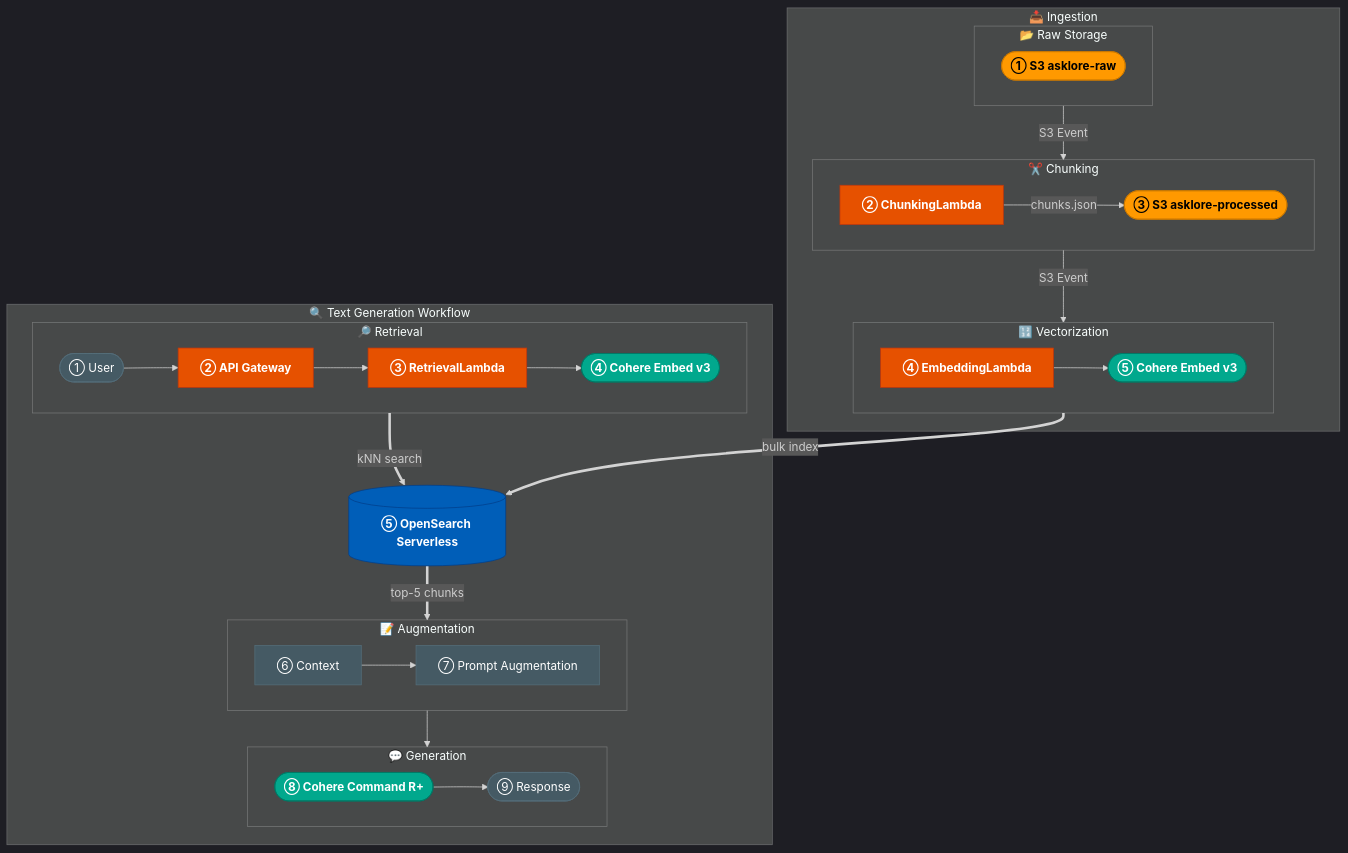
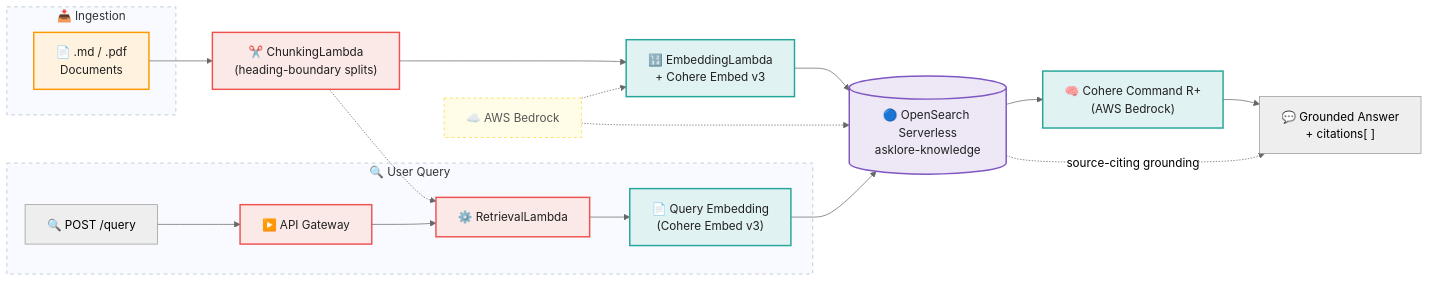
Before and after one commit to Sunilrana1978/AskLore: the diagram in README.md, drawn with Mermaid. The commit also changed other lines of this file and 1 other file, not shown here.

Commit message:
Redesign diagram to match reference style; remove reference image
Switch to neutral light theme, graph LR layout with dashed subgraph
borders matching the reference. AskLore components mapped in:
ChunkingLambda, EmbeddingLambda, Cohere Embed v3, OpenSearch Serverless
asklore-knowledge, Cohere Command R+ with citations[].

````diff
--- a/README.md
+++ b/README.md
@@ -9,48 +9,38 @@
 ```mermaid
-%%{init: {'theme': 'dark'}}%%
-flowchart TB
-
-    classDef s3      fill:#FF9900,stroke:#cc7a00,color:#000,font-weight:bold
-    classDef lambda  fill:#E65100,stroke:#bf360c,color:#fff,font-weight:bold
-    classDef bedrock fill:#01A88D,stroke:#007a67,color:#fff,font-weight:bold
-    classDef os      fill:#005EB8,stroke:#003f8a,color:#fff,font-weight:bold
-    classDef ext     fill:#455A64,stroke:#546E7A,color:#fff
+%%{init: {'theme': 'neutral'}}%%
+graph LR
+    classDef s3      fill:#FFF3E0,stroke:#FF9800,stroke-width:2px,color:#212121
+    classDef lambda  fill:#FBE9E7,stroke:#EF5350,stroke-width:2px,color:#212121
+    classDef bedrock fill:#E0F2F1,stroke:#26A69A,stroke-width:2px,color:#212121
+    classDef os      fill:#EDE7F6,stroke:#7E57C2,stroke-width:2px,color:#212121
+    classDef cloud   fill:#FFFDE7,stroke:#FDD835,stroke-width:1px,color:#555,stroke-dasharray:4 4
 
     subgraph ING["📥 Ingestion"]
-        subgraph STOR["📂 Raw Storage"]
-            direction LR
-            DS(["① S3 asklore-raw"]):::s3
-        end
-        subgraph CHUNK_P["✂️ Chunking"]
-            direction LR
-            CL["② ChunkingLambda"]:::lambda -->|chunks.json| PROC(["③ S3 asklore-processed"]):::s3
-        end
-        subgraph VEC_P["🔢 Vectorization"]
-            direction LR
-            EL["④ EmbeddingLambda"]:::lambda --> CE1(["⑤ Cohere Embed v3"]):::bedrock
-        end
-        DS -->|S3 Event| CL
-        PROC -->|S3 Event| EL
+        DOC["📄 .md / .pdf\nDocuments"]:::s3
     end
 
-    subgraph QRY["🔍 Text Generation Workflow"]
-        subgraph RET["🔎 Retrieval"]
-            direction LR
-            USR(["① User"]):::ext --> GW["② API Gateway"]:::lambda --> RL["③ RetrievalLambda"]:::lambda --> CE2(["④ Cohere Embed v3"]):::bedrock
-        end
-        VS[("⑤ OpenSearch Serverless")]:::os
-        subgraph AUG["📝 Augmentation"]
-            direction LR
-            CTX["⑥ Context"]:::ext --> PA["⑦ Prompt Augmentation"]:::ext
-        end
-        subgraph GEN["💬 Generation"]
-            direction LR
-            LLM(["⑧ Cohere Command R+"]):::bedrock --> RESP(["⑨ Response"]):::ext
-        end
-        CE2 ==>|kNN search| VS
-        VS ==>|top-5 chunks| CTX
-        PA --> LLM
+    subgraph USQ["🔍 User Query"]
+        SRCH["🔍 POST /query"]
+        PLAY["▶️ API Gateway"]:::lambda
+        GEAR["⚙️ RetrievalLambda"]:::lambda
+        RESDOC["📄 Query Embedding\n(Cohere Embed v3)"]:::bedrock
     end
 
-    CE1 ==>|bulk index| VS
+    CHUNK["✂️ ChunkingLambda\n(heading-boundary splits)"]:::lambda
+    EMBED["🔢 EmbeddingLambda\n+ Cohere Embed v3"]:::bedrock
+    CLOUD["☁️ AWS Bedrock"]:::cloud
+    VECTOR[("🔵 OpenSearch Serverless\nasklore-knowledge")]:::os
+    LLM["🧠 Cohere Command R+\n(AWS Bedrock)"]:::bedrock
+    FINAL["💬 Grounded Answer\n+ citations[ ]"]
+
+    DOC  --> CHUNK --> EMBED --> VECTOR
+    SRCH --> PLAY  --> GEAR  --> RESDOC --> VECTOR
+    CHUNK -.-> GEAR
+    CLOUD -.-> EMBED
+    CLOUD -.-> VECTOR
+    VECTOR --> LLM --> FINAL
+    VECTOR -.->|source-citing grounding| FINAL
+
+    style ING fill:#F8FAFF,stroke:#B0BEC5,stroke-width:1px,stroke-dasharray:5 5
+    style USQ fill:#F8FAFF,stroke:#B0BEC5,stroke-width:1px,stroke-dasharray:5 5
 ```
````
